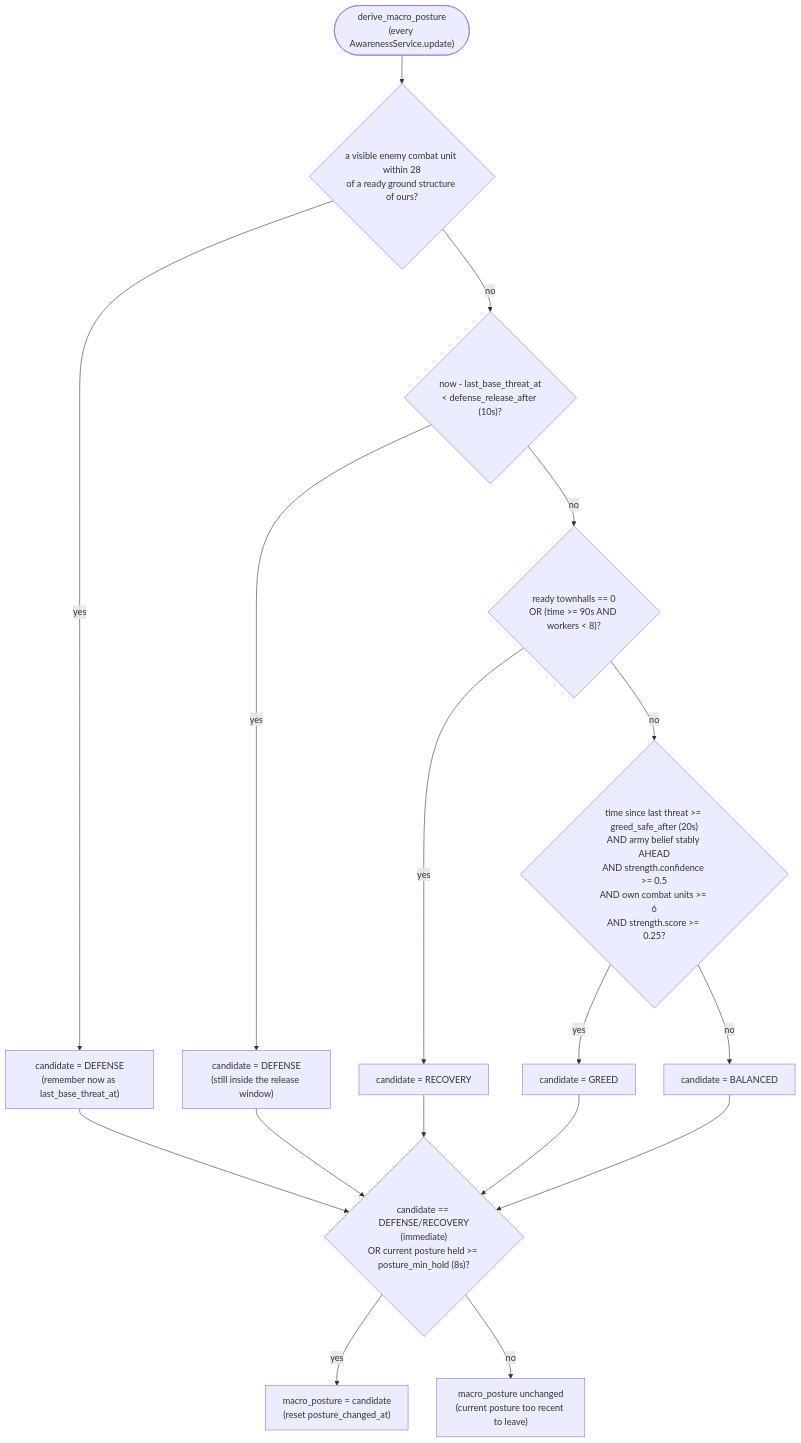
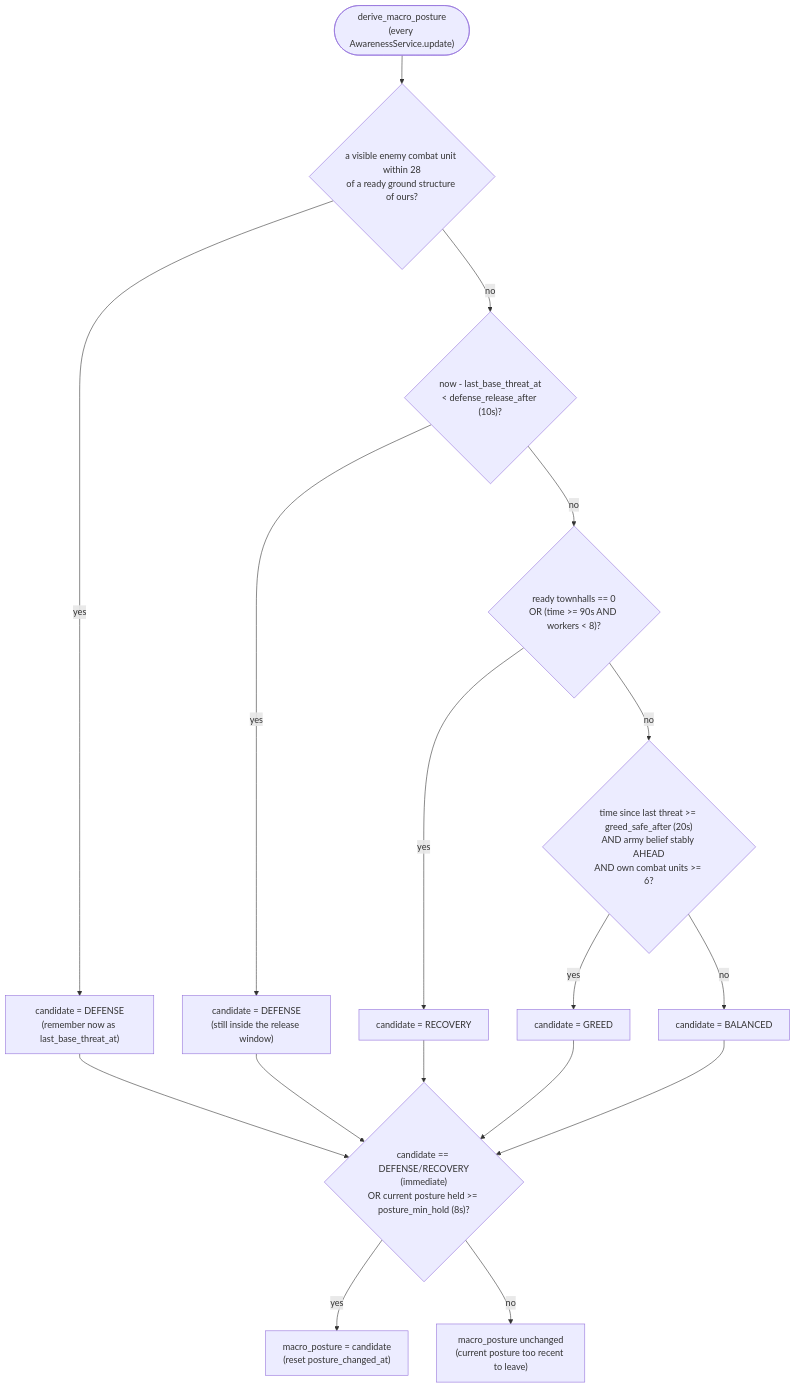
One commit to LeonardoSilvestrin/sc2bot changed the second of 3 diagrams in _botdev/architecture/macro-planner.md. Above: the diagram before and after it, drawn with Mermaid. The commit also changed other lines of this file and 42 other files, not shown here.

````diff
--- a/_botdev/architecture/macro-planner.md
+++ b/_botdev/architecture/macro-planner.md
@@ -209,16 +221,16 @@
 ```mermaid
 flowchart TD
     Start(["derive_macro_posture\n(every AwarenessService.update)"]) --> Nearby{"a visible enemy combat unit within 28\nof a ready ground structure of ours?"}
     Nearby -->|yes| CandD["candidate = DEFENSE\n(remember now as last_base_threat_at)"]
     Nearby -->|no| Recent{"now - last_base_threat_at\n< defense_release_after (10s)?"}
     Recent -->|yes| CandD2["candidate = DEFENSE\n(still inside the release window)"]
     Recent -->|no| NoBase{"ready townhalls == 0\nOR (time >= 90s AND workers < 8)?"}
     NoBase -->|yes| CandR["candidate = RECOVERY"]
-    NoBase -->|no| Safe{"time since last threat >= greed_safe_after (20s)\nAND army belief stably AHEAD\nAND strength.confidence >= 0.5\nAND own combat units >= 6\nAND strength.score >= 0.25?"}
+    NoBase -->|no| Safe{"time since last threat >= greed_safe_after (20s)\nAND army belief stably AHEAD\nAND own combat units >= 6?"}
     Safe -->|yes| CandG["candidate = GREED"]
     Safe -->|no| CandB["candidate = BALANCED"]
 
     CandD & CandD2 & CandR & CandG & CandB --> Hold{"candidate == DEFENSE/RECOVERY\n(immediate)\nOR current posture held >= posture_min_hold (8s)?"}
     Hold -->|yes| Switch["macro_posture = candidate\n(reset posture_changed_at)"]
     Hold -->|no| Keep["macro_posture unchanged\n(current posture too recent to leave)"]
 ```
````
